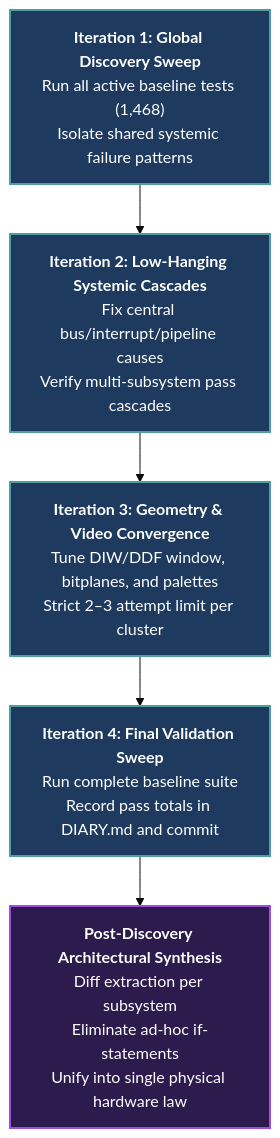
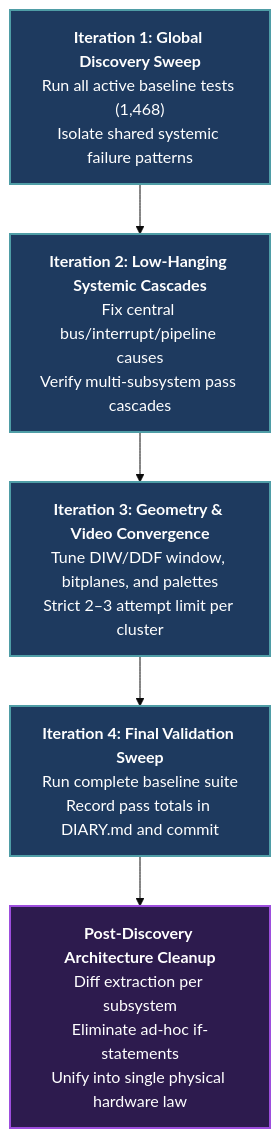
The second of 2 diagrams in Obsidian/Amiga/Design/Testing Strategy and Quality Assurance.md (tomek-anuszkiewicz/amiga-studio), drawn with Mermaid (base theme) before and after one commit. The commit also changed other lines of this file and 17 other files, not shown here.

````diff
--- a/Obsidian/Amiga/Design/Testing Strategy and Quality Assurance.md
+++ b/Obsidian/Amiga/Design/Testing Strategy and Quality Assurance.md
@@ -150,13 +150,13 @@
 ```mermaid
 graph TD
     classDef step fill:#1e3a5f,stroke:#4f9da6,stroke-width:2px,color:#ffffff;
     classDef synth fill:#2d1b4e,stroke:#9d4edd,stroke-width:2px,color:#ffffff;
 
     I1["<b>Iteration 1: Global Discovery Sweep</b><br/>Run all active baseline tests (1,468)<br/>Isolate shared systemic failure patterns"]:::step
     I2["<b>Iteration 2: Low-Hanging Systemic Cascades</b><br/>Fix central bus/interrupt/pipeline causes<br/>Verify multi-subsystem pass cascades"]:::step
     I3["<b>Iteration 3: Geometry & Video Convergence</b><br/>Tune DIW/DDF window, bitplanes, and palettes<br/>Strict 2–3 attempt limit per cluster"]:::step
     I4["<b>Iteration 4: Final Validation Sweep</b><br/>Run complete baseline suite<br/>Record pass totals in DIARY.md and commit"]:::step
-    SYNTH["<b>Post-Discovery Architectural Synthesis</b><br/>Diff extraction per subsystem<br/>Eliminate ad-hoc if-statements<br/>Unify into single physical hardware law"]:::synth
+    SYNTH["<b>Post-Discovery Architecture Cleanup</b><br/>Diff extraction per subsystem<br/>Eliminate ad-hoc if-statements<br/>Unify into single physical hardware law"]:::synth
 
     I1 --> I2 --> I3 --> I4 --> SYNTH
 ```
````
